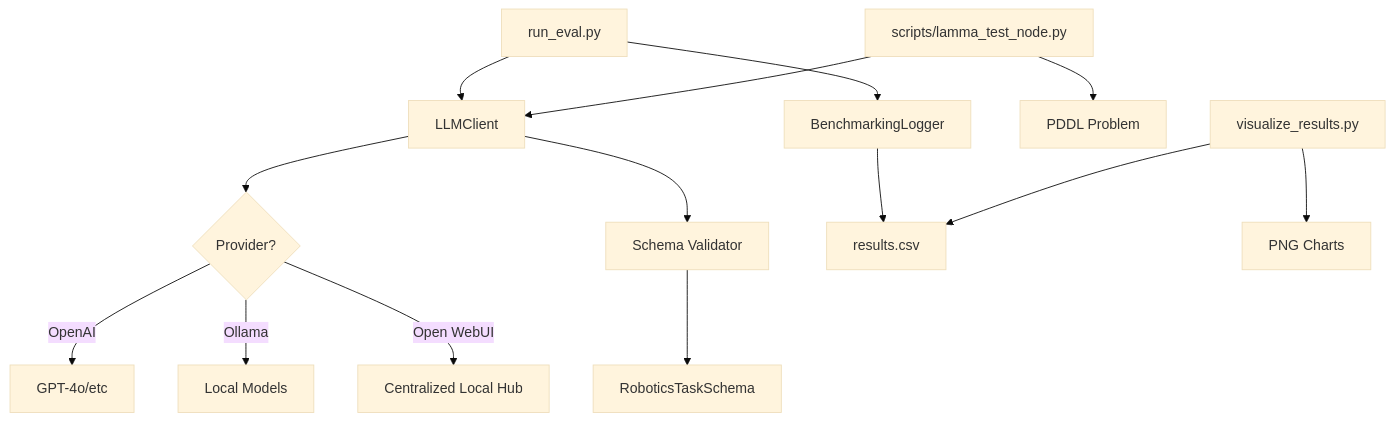
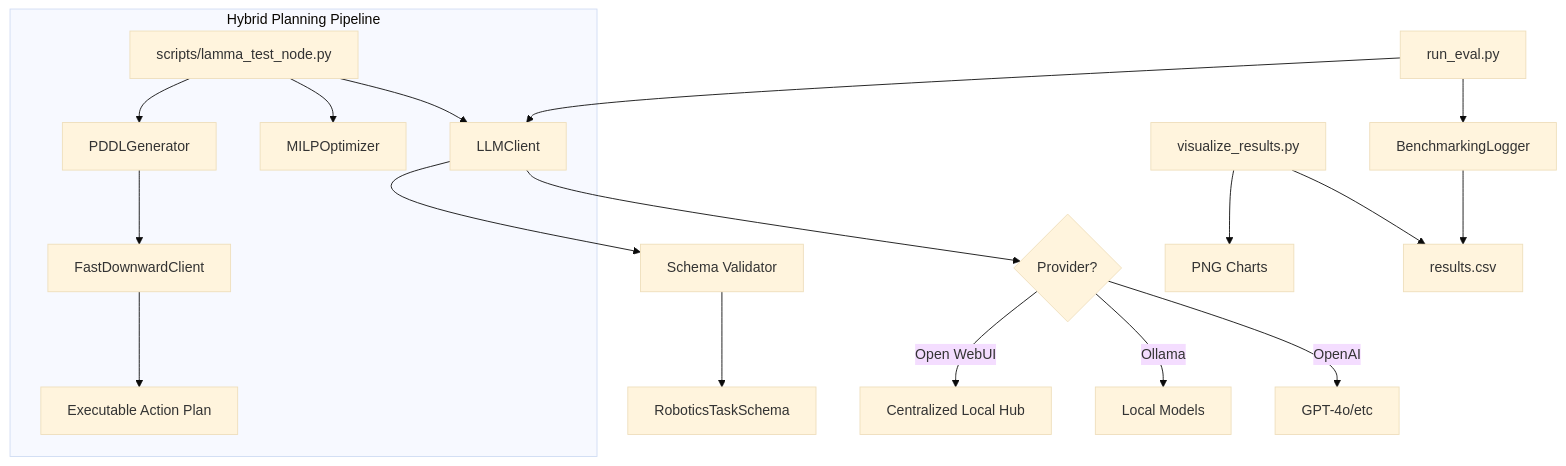
Before and after one commit to codewitted/lamma_project: the first of 2 diagrams in walkthrough.md, drawn with Mermaid (base theme). The commit also changed other lines of this file and 3 other files, not shown here.

Commit message:
Baseline: Hybrid Planning Framework (MILP + Fast Downward + ROS2)

````diff
--- a/walkthrough.md
+++ b/walkthrough.md
@@ -9,16 +9,23 @@
 ```mermaid
 graph TD
     A[run_eval.py] --> B[LLMClient]
     B --> C{Provider?}
     C -- OpenAI --> D[GPT-4o/etc]
     C -- Ollama --> E[Local Models]
     C -- Open WebUI --> L[Centralized Local Hub]
     B --> F[Schema Validator]
     F --> G[RoboticsTaskSchema]
     A --> H[BenchmarkingLogger]
     H --> I[results.csv]
-    M[scripts/lamma_test_node.py] --> B
-    M --> N[PDDL Problem]
+    
+    subgraph "Hybrid Planning Pipeline"
+        M[scripts/lamma_test_node.py] --> B
+        M --> O[MILPOptimizer]
+        M --> P[PDDLGenerator]
+        P --> Q[FastDownwardClient]
+        Q --> R[Executable Action Plan]
+    end
+    
     J[visualize_results.py] --> I
     J --> K[PNG Charts]
 ```
````
